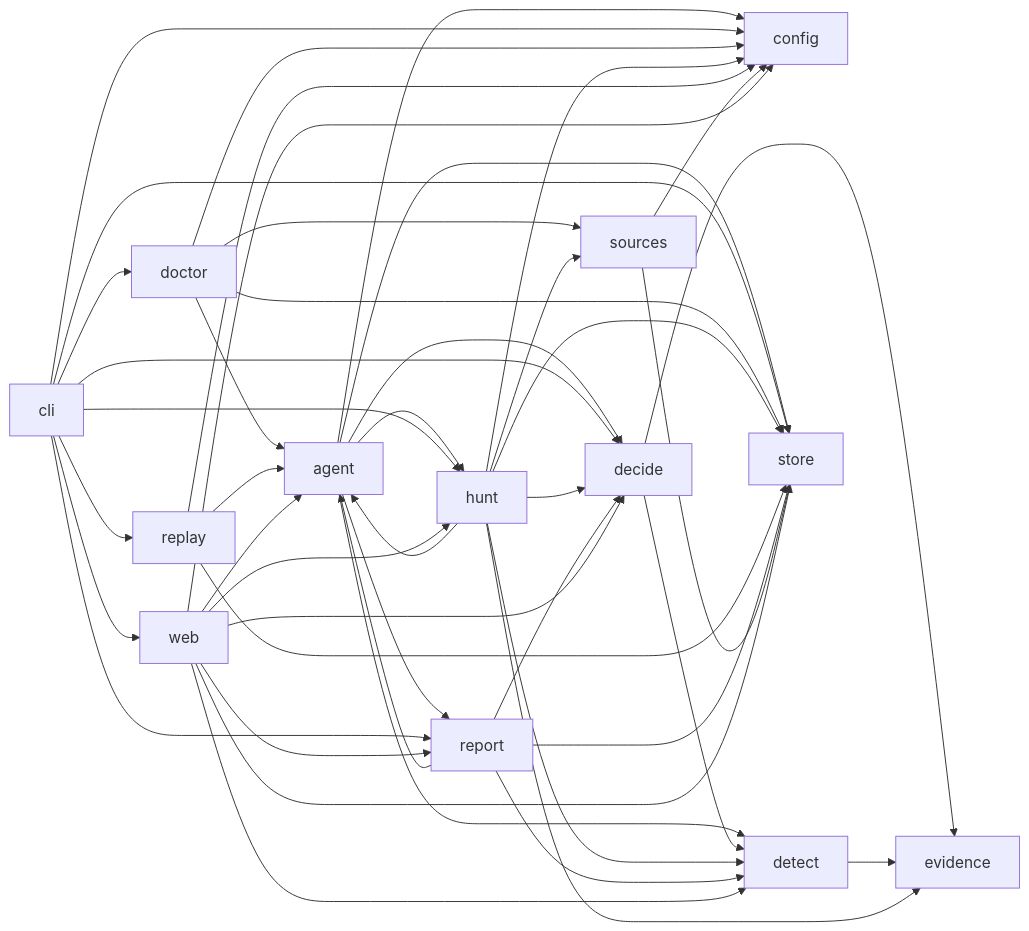
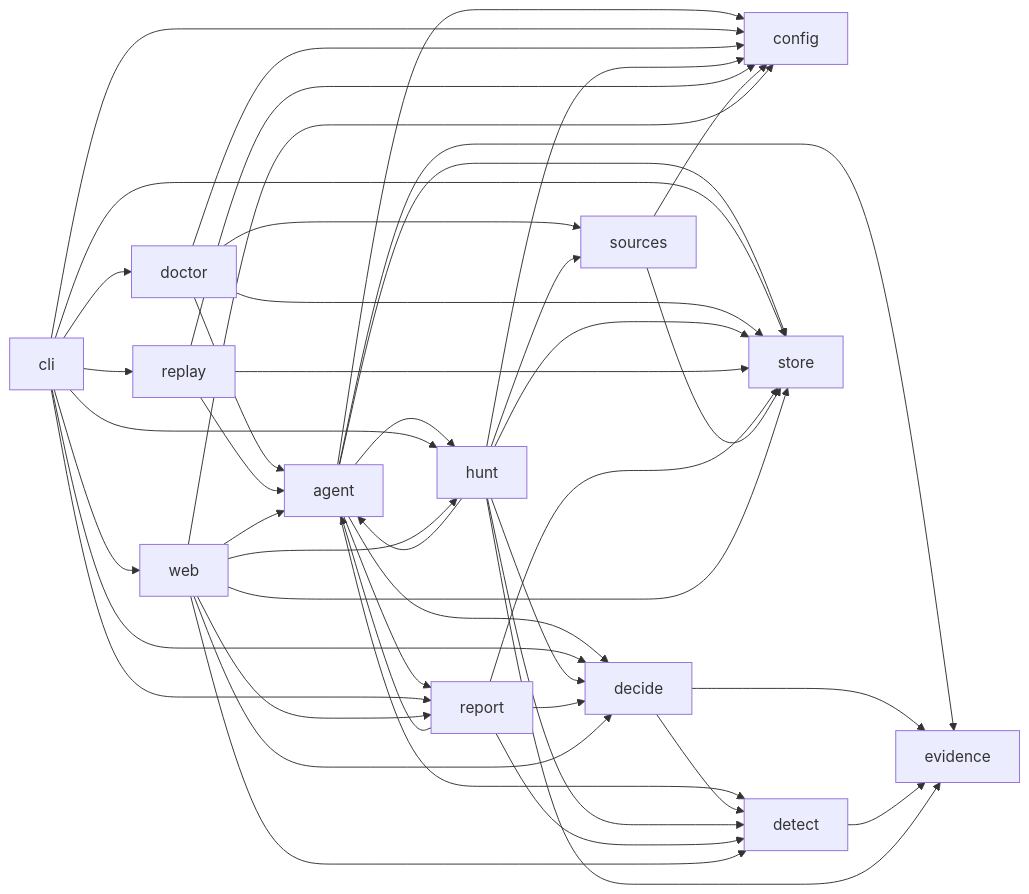
The diagram in docs/architecture/MODULE_MAP.md (nickthabib-cloud/ROMULUS), drawn with Mermaid before and after one commit. The commit also changed other lines of this file and 10 other files, not shown here.

````diff
--- a/docs/architecture/MODULE_MAP.md
+++ b/docs/architecture/MODULE_MAP.md
@@ -102,47 +103,48 @@
 ```mermaid
 graph LR
   agent --> config
   agent --> decide
   agent --> detect
+  agent --> evidence
   agent --> hunt
   agent --> report
   agent --> store
   cli --> config
   cli --> decide
   cli --> doctor
   cli --> hunt
   cli --> replay
   cli --> report
   cli --> store
   cli --> web
   decide --> detect
   decide --> evidence
   detect --> evidence
   doctor --> agent
   doctor --> config
   doctor --> sources
   doctor --> store
   hunt --> agent
   hunt --> config
   hunt --> decide
   hunt --> detect
   hunt --> evidence
   hunt --> sources
   hunt --> store
   replay --> agent
   replay --> config
   replay --> store
   report --> agent
   report --> decide
   report --> detect
   report --> store
   sources --> config
   sources --> store
   web --> agent
   web --> config
   web --> decide
   web --> detect
   web --> hunt
   web --> report
   web --> store
 ```
````
